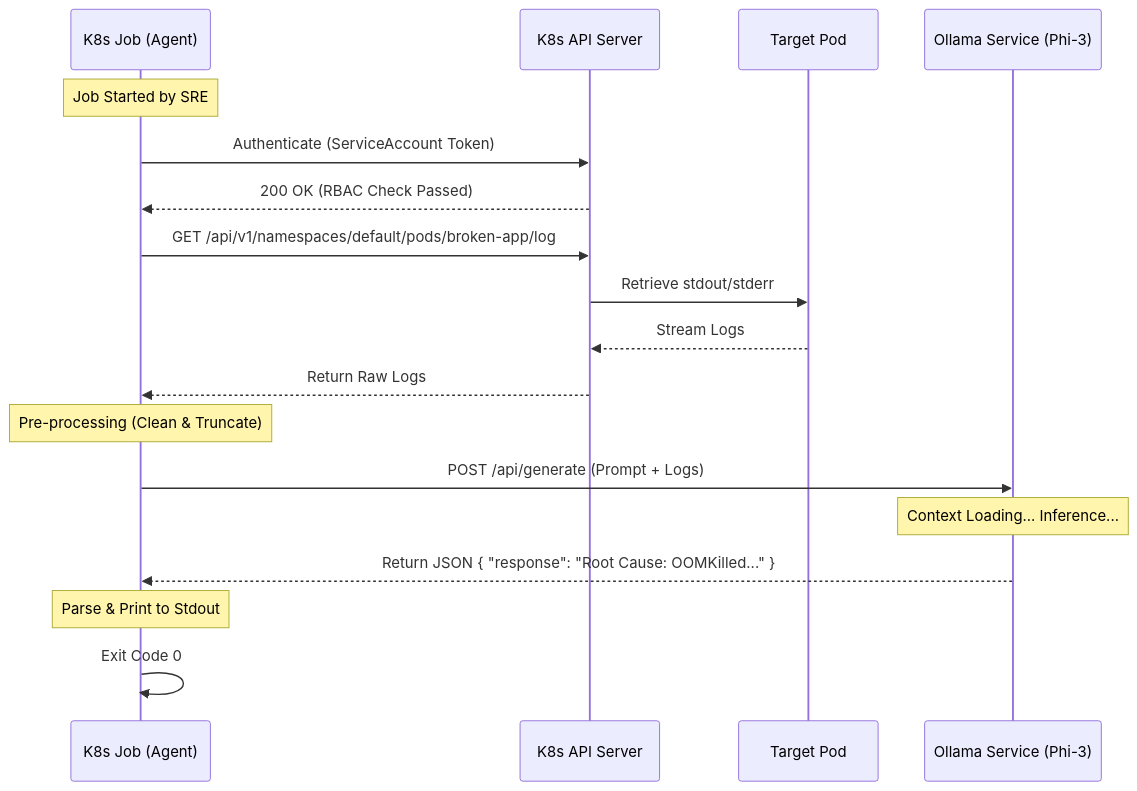
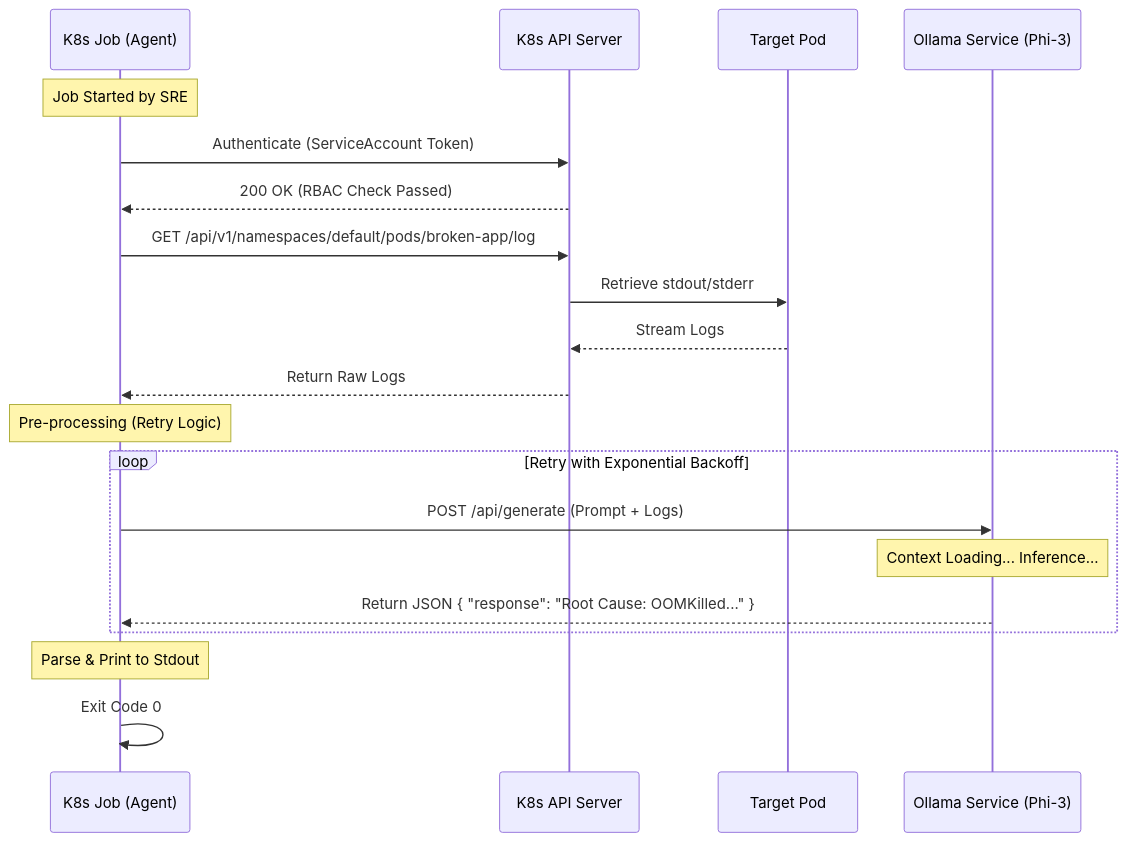
The second of 3 diagrams in ARCHITECTURE.md (fbscotta369/ai-sre-agent), drawn with Mermaid before and after one commit. The commit also changed other lines of this file and 18 other files, not shown here.

````diff
--- a/ARCHITECTURE.md
+++ b/ARCHITECTURE.md
@@ -70,26 +77,28 @@
 ```mermaid
 sequenceDiagram
     participant Job as K8s Job (Agent)
     participant API as K8s API Server
     participant App as Target Pod
     participant AI as Ollama Service (Phi-3)
 
     Note over Job: Job Started by SRE
     Job->>API: Authenticate (ServiceAccount Token)
     API-->>Job: 200 OK (RBAC Check Passed)
     
     Job->>API: GET /api/v1/namespaces/default/pods/broken-app/log
     API->>App: Retrieve stdout/stderr
     App-->>API: Stream Logs
     API-->>Job: Return Raw Logs
     
-    Note over Job: Pre-processing (Clean & Truncate)
+    Note over Job: Pre-processing (Retry Logic)
     
-    Job->>AI: POST /api/generate (Prompt + Logs)
-    Note over AI: Context Loading... Inference...
-    AI-->>Job: Return JSON { "response": "Root Cause: OOMKilled..." }
+    loop Retry with Exponential Backoff
+        Job->>AI: POST /api/generate (Prompt + Logs)
+        Note over AI: Context Loading... Inference...
+        AI-->>Job: Return JSON { "response": "Root Cause: OOMKilled..." }
+    end
     
     Note over Job: Parse & Print to Stdout
     Job->>Job: Exit Code 0
 
 ```
````
